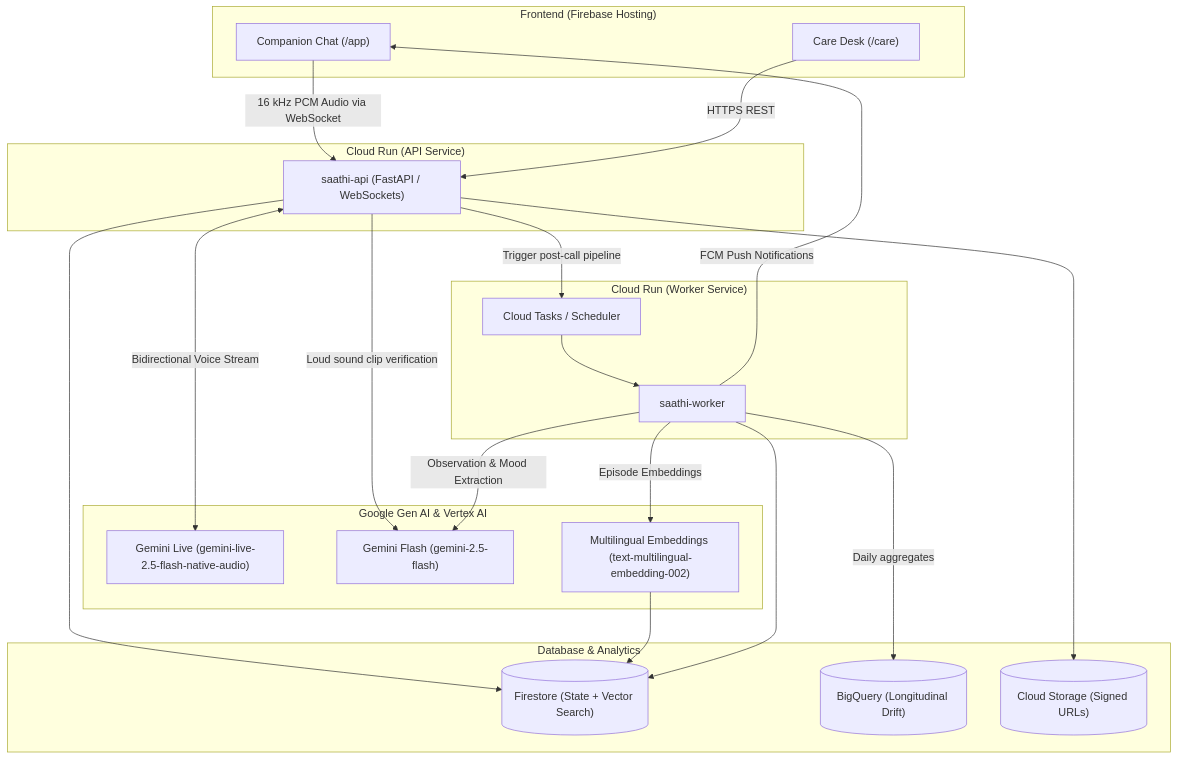
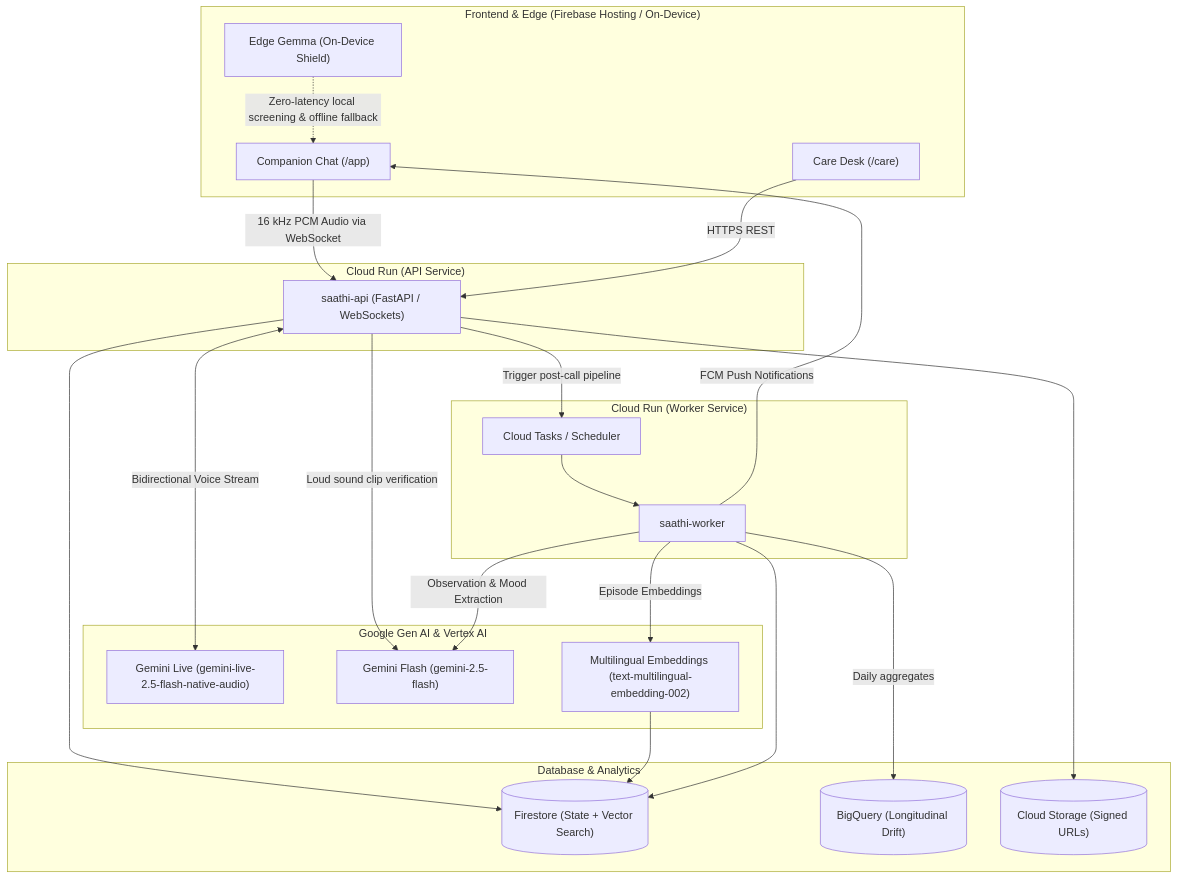
Before and after one commit to srushtipatil09/AI_Builder_Cup_2026: the diagram in docs/PROJECT_OVERVIEW.md, drawn with Mermaid. The commit also changed other lines of this file and 4 other files, not shown here.

````diff
--- a/docs/PROJECT_OVERVIEW.md
+++ b/docs/PROJECT_OVERVIEW.md
@@ -28,43 +28,45 @@
 ```mermaid
 flowchart TD
-    subgraph Client ["Frontend (Firebase Hosting)"]
+    subgraph Client ["Frontend & Edge (Firebase Hosting / On-Device)"]
         Chat["Companion Chat (/app)"]
         Desk["Care Desk (/care)"]
+        EdgeGemma["Edge Gemma (On-Device Shield)"]
     end
 
     subgraph Ingestion ["Cloud Run (API Service)"]
         API["saathi-api (FastAPI / WebSockets)"]
     end
 
     subgraph GenAI ["Google Gen AI & Vertex AI"]
         Live["Gemini Live (gemini-live-2.5-flash-native-audio)"]
         Flash["Gemini Flash (gemini-2.5-flash)"]
         Embed["Multilingual Embeddings (text-multilingual-embedding-002)"]
     end
 
     subgraph Storage ["Database & Analytics"]
         FS[("Firestore (State + Vector Search)")]
         BQ[("BigQuery (Longitudinal Drift)")]
         GCS[("Cloud Storage (Signed URLs)")]
     end
 
     subgraph AsyncWorker ["Cloud Run (Worker Service)"]
         Tasks["Cloud Tasks / Scheduler"]
         Worker["saathi-worker"]
     end
 
+    EdgeGemma -.->|Zero-latency local screening & offline fallback| Chat
     Chat -->|16 kHz PCM Audio via WebSocket| API
     Desk -->|HTTPS REST| API
     API <-->|Bidirectional Voice Stream| Live
     API -->|Loud sound clip verification| Flash
     API --> FS
     API --> GCS
     API -->|Trigger post-call pipeline| Tasks
     Tasks --> Worker
     Worker -->|Observation & Mood Extraction| Flash
     Worker -->|Episode Embeddings| Embed
     Embed --> FS
     Worker --> FS
     Worker -->|Daily aggregates| BQ
     Worker -->|FCM Push Notifications| Chat
 ```
````
